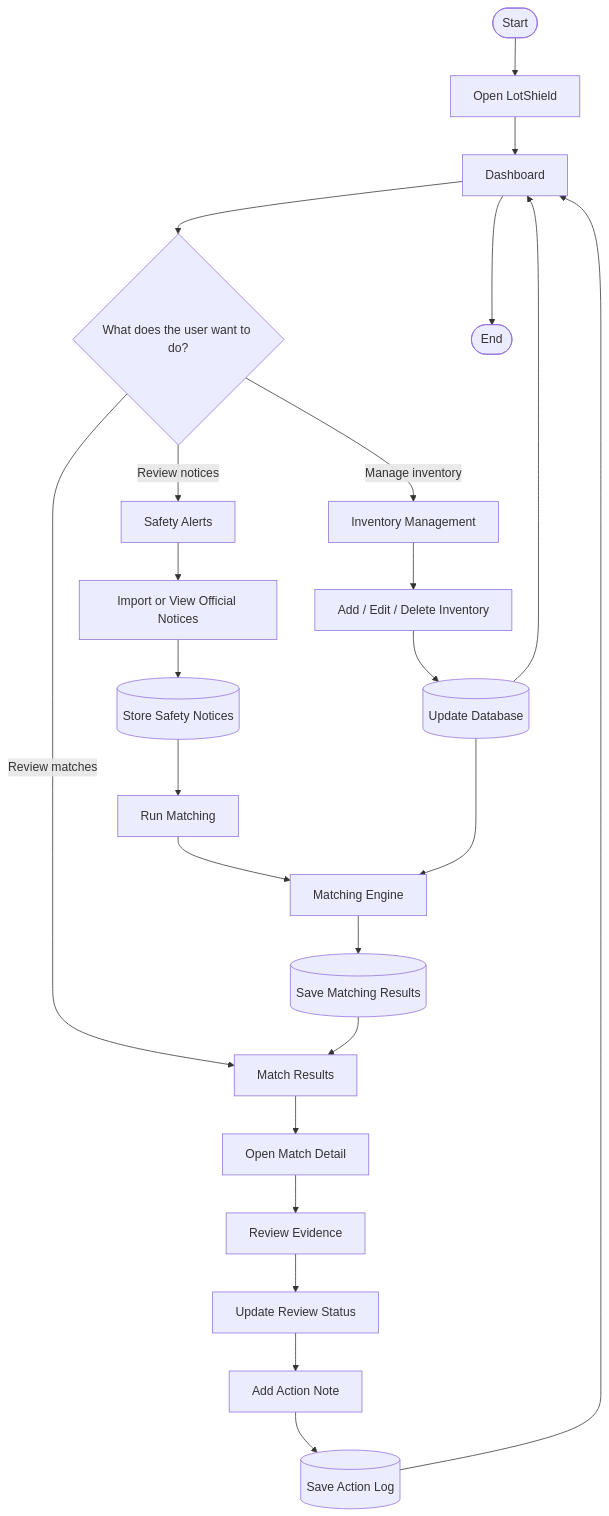
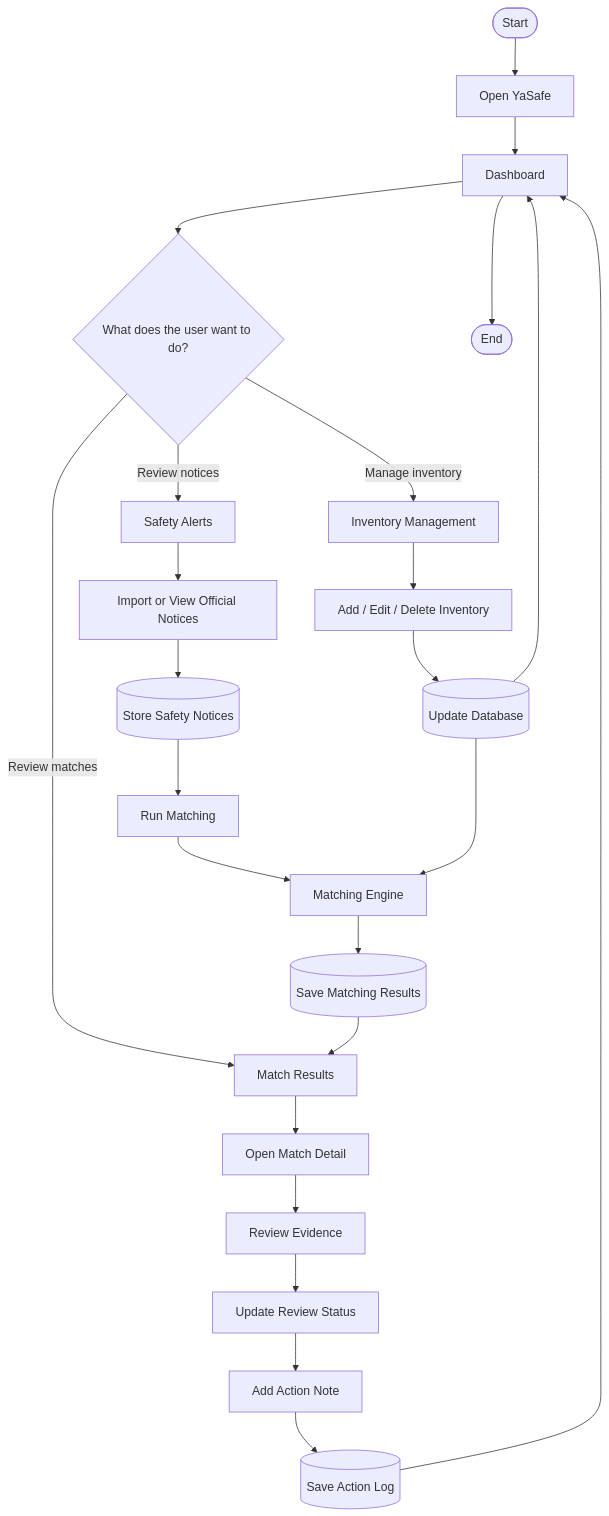
The first of 8 diagrams in README.md (bammyverylazy/ywc21_interview), drawn with Mermaid before and after one commit. The commit also changed other lines of this file and 11 other files, not shown here.

Commit message:
chore: rename LotShield to YaSafe

````diff
--- a/README.md
+++ b/README.md
@@ -375,32 +375,32 @@
 ```mermaid
 flowchart TD
-    A([Start]) --> B[Open LotShield]
+    A([Start]) --> B[Open YaSafe]
     B --> C[Dashboard]
     C --> D{What does the user want to do?}
 
     D -->|Manage inventory| E[Inventory Management]
     D -->|Review notices| F[Safety Alerts]
     D -->|Review matches| J[Match Results]
 
     E --> G[Add / Edit / Delete Inventory]
     G --> H[(Update Database)]
     H --> C
 
     F --> I[Import or View Official Notices]
     I --> K[(Store Safety Notices)]
     K --> L[Run Matching]
     L --> M[Matching Engine]
 
     H --> M
     M --> N[(Save Matching Results)]
     N --> J
 
     J --> O[Open Match Detail]
     O --> P[Review Evidence]
     P --> Q[Update Review Status]
     Q --> R[Add Action Note]
     R --> S[(Save Action Log)]
     S --> C
 
     C --> T([End])
 ```
````
